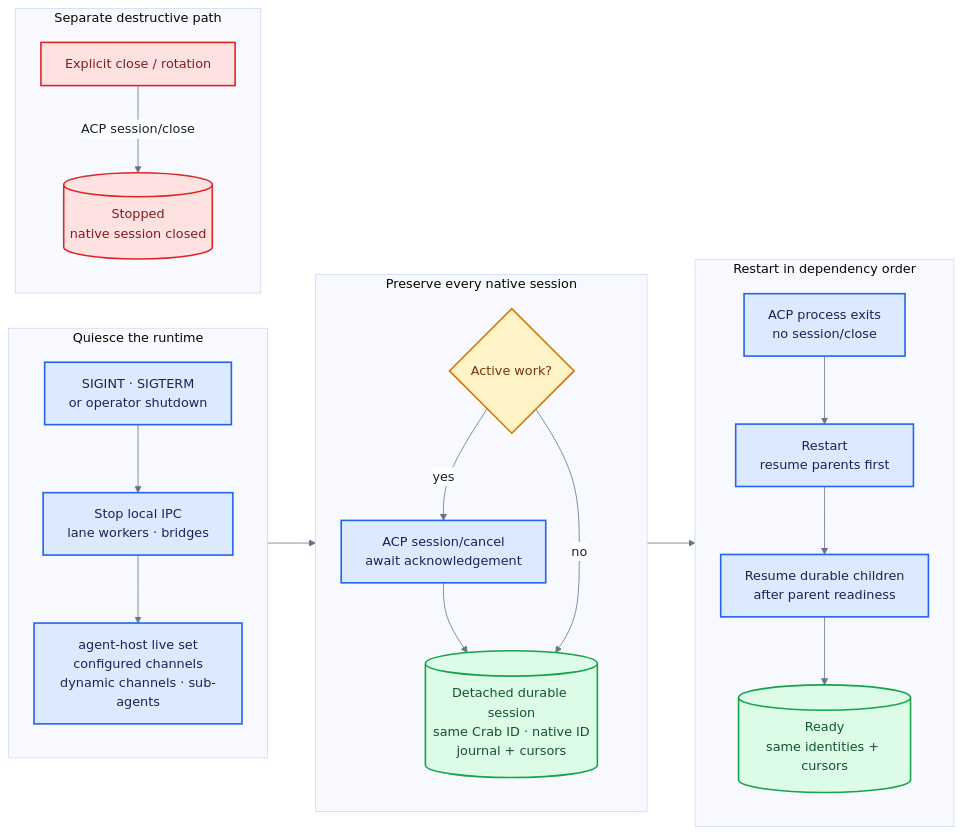
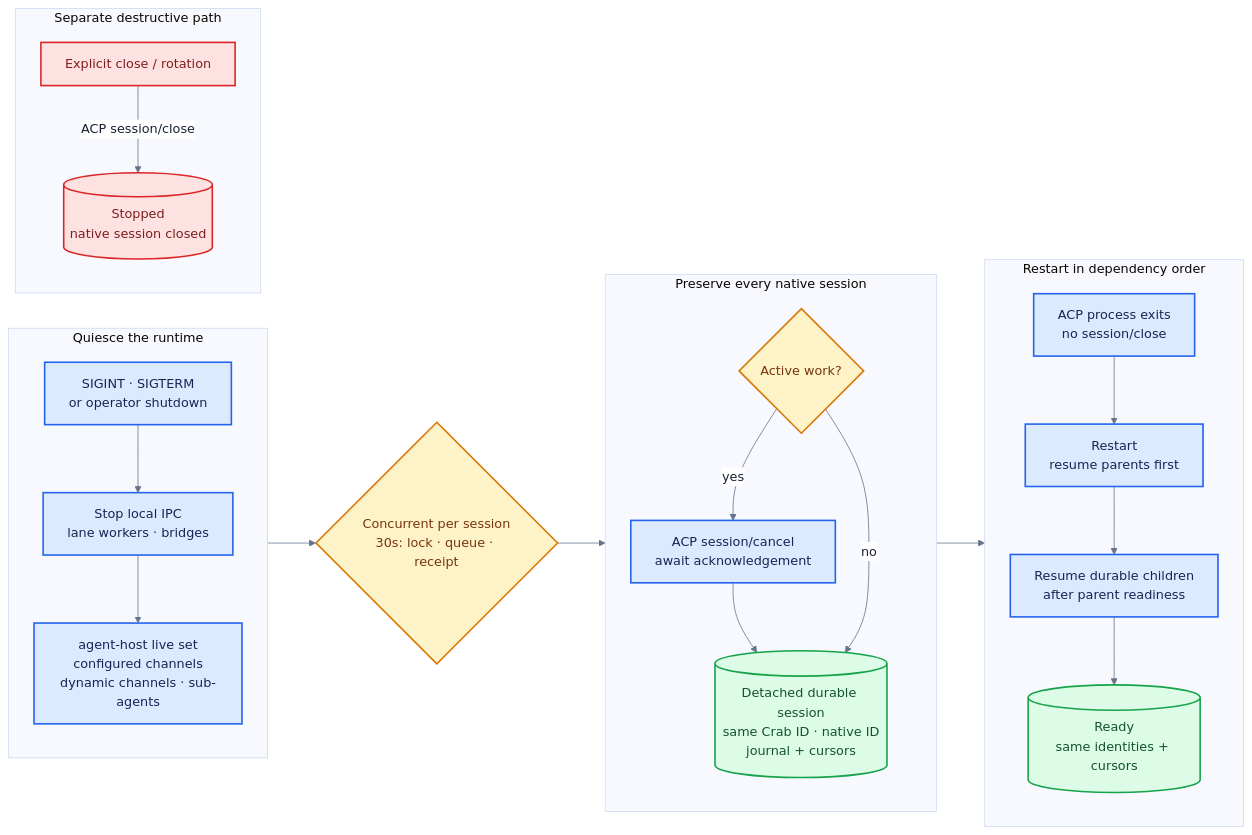
Before and after one commit to fontanierh/crab: the diagram in v2/docs/runtime-detach-flow.mmd, drawn with Mermaid. The commit also changed 7 other files, not shown here.

```diff
--- a/v2/docs/runtime-detach-flow.mmd
+++ b/v2/docs/runtime-detach-flow.mmd
@@ -1,45 +1,46 @@
 %%{init: {"theme": "base", "themeVariables": {"fontFamily": "ui-sans-serif, system-ui, sans-serif", "primaryTextColor": "#172033", "lineColor": "#64748b", "edgeLabelBackground": "#ffffff"}, "flowchart": {"curve": "basis", "nodeSpacing": 44, "rankSpacing": 60}}}%%
 flowchart LR
     STOP["SIGINT · SIGTERM<br/>or operator shutdown"]
     QUIESCE["Stop local IPC<br/>lane workers · bridges"]
     SNAPSHOT["agent-host live set<br/>configured channels<br/>dynamic channels · sub-agents"]
+    DEADLINE{"Concurrent per session<br/>30s: lock · queue · receipt"}
     BUSY{"Active work?"}
     CANCEL["ACP session/cancel<br/>await acknowledgement"]
     DETACHED[("Detached durable session<br/>same Crab ID · native ID<br/>journal + cursors")]
     EXIT["ACP process exits<br/>no session/close"]
     PARENT["Restart<br/>resume parents first"]
     CHILD["Resume durable children<br/>after parent readiness"]
     READY[("Ready<br/>same identities + cursors")]
     CLOSE["Explicit close / rotation"]
     DESTROY[("Stopped<br/>native session closed")]
 
     subgraph SHUTDOWN["Quiesce the runtime"]
         direction TB
         STOP --> QUIESCE --> SNAPSHOT
     end
     subgraph DETACH["Preserve every native session"]
         direction TB
         BUSY -->|"yes"| CANCEL --> DETACHED
         BUSY -->|"no"| DETACHED
     end
     subgraph RECOVER["Restart in dependency order"]
         direction TB
         EXIT --> PARENT --> CHILD --> READY
     end
     subgraph EXPLICIT["Separate destructive path"]
         direction TB
         CLOSE -->|"ACP session/close"| DESTROY
     end
 
-    SNAPSHOT --> BUSY
+    SNAPSHOT --> DEADLINE --> BUSY
     DETACHED --> EXIT
 
     classDef runtime fill:#dbeafe,stroke:#2563eb,stroke-width:2px,color:#172554;
     classDef durable fill:#dcfce7,stroke:#16a34a,stroke-width:2px,color:#14532d;
     classDef gate fill:#fef3c7,stroke:#d97706,stroke-width:2px,color:#78350f;
     classDef destructive fill:#fee2e2,stroke:#dc2626,stroke-width:2px,color:#7f1d1d;
 
     class STOP,QUIESCE,SNAPSHOT,CANCEL,EXIT,PARENT,CHILD runtime;
     class DETACHED,READY durable;
-    class BUSY gate;
+    class DEADLINE,BUSY gate;
     class CLOSE,DESTROY destructive;
```
